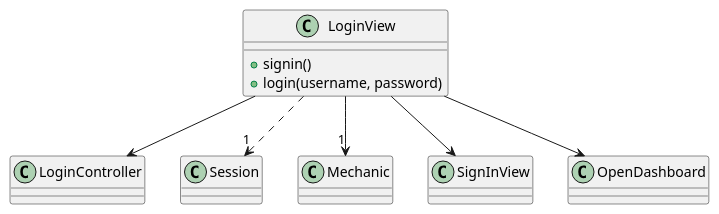
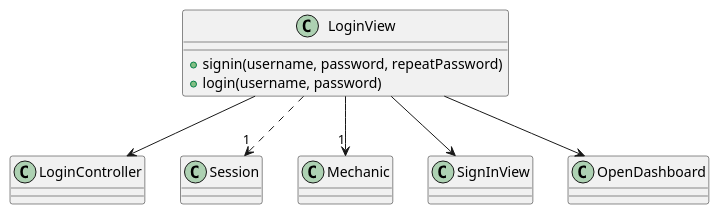
One commit to Ruskab/agrimManager changed the diagram in documentation/2analysisview/classanalysis/puml/views/LoginView.puml. Above: the diagram before and after it, drawn with PlantUML. The commit also changed 20 other files, not shown here.

```diff
--- a/documentation/2analysisview/classanalysis/puml/views/LoginView.puml
+++ b/documentation/2analysisview/classanalysis/puml/views/LoginView.puml
@@ -1,12 +1,12 @@
 @startuml
 	class LoginView {
-	+signin()
+	+signin(username, password, repeatPassword)
 	+login(username, password)
 	}
 
 	LoginView --> LoginController
 	LoginView ..> "1" Session
 	LoginView --> "1" Mechanic
 	LoginView --> SignInView
 	LoginView --> OpenDashboard
 @enduml
```
